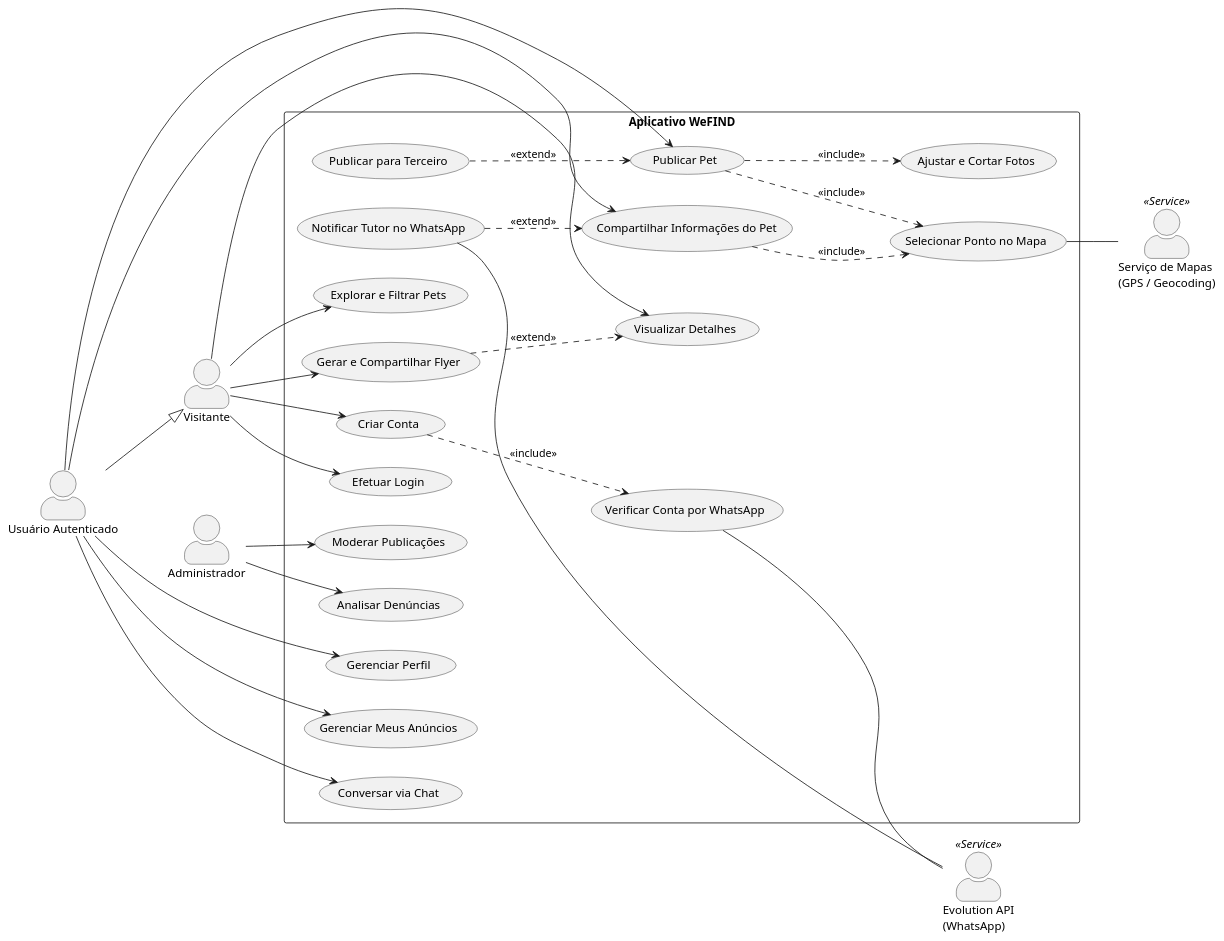
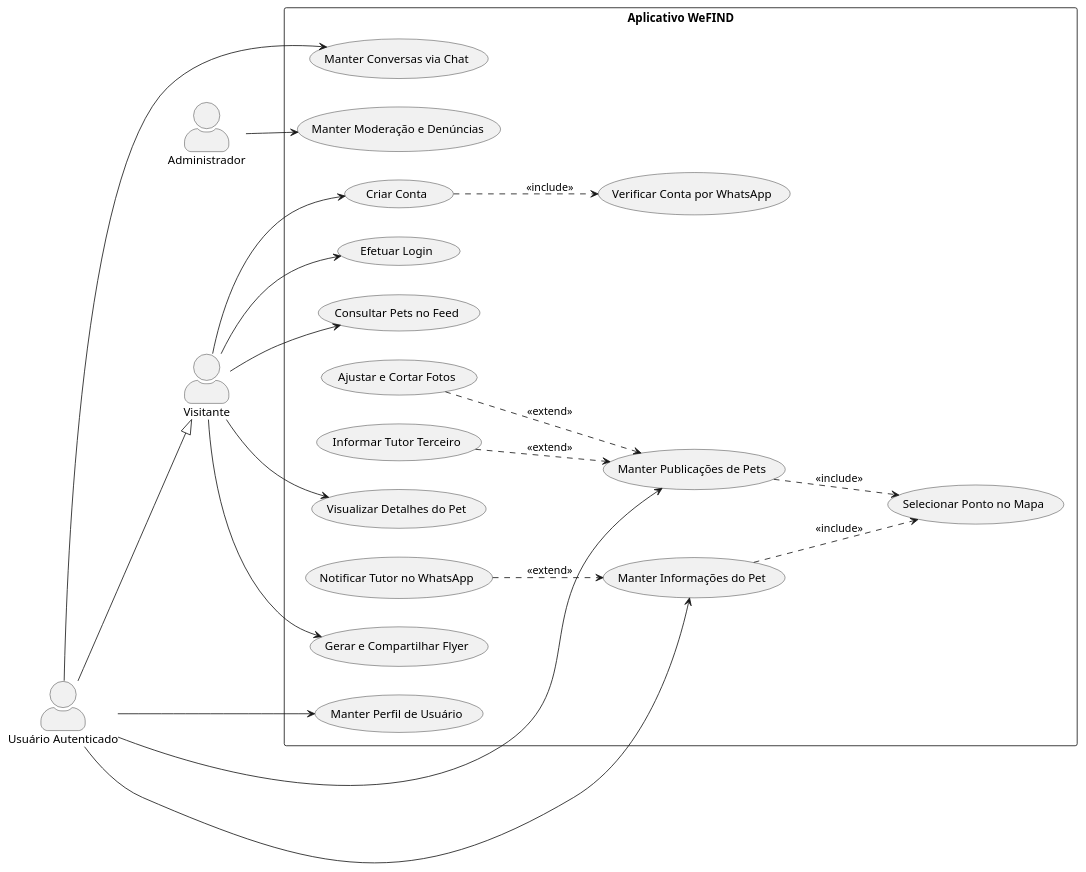
The second of 2 diagrams in docs/DIAGRAMA_CASOS_DE_USO.md (LuisHenriqueTSI/tcc_recover_aplicativo), drawn with PlantUML before and after one commit. The commit also changed 1 other file, not shown here.

Commit message:
docs: remove services from PlantUML and set photo crop as extend

````diff
--- a/docs/DIAGRAMA_CASOS_DE_USO.md
+++ b/docs/DIAGRAMA_CASOS_DE_USO.md
@@ -148,63 +148,52 @@
 ```plantuml
 @startuml
 left to right direction
 skinparam packageStyle rectangle
 skinparam actorStyle awesome
 
 actor "Visitante" as Visitor
 actor "Usuário Autenticado" as User
 actor "Administrador" as Admin
-actor "Evolution API\n(WhatsApp)" as WhatsApp <<Service>>
-actor "Serviço de Mapas\n(GPS / Geocoding)" as Maps <<Service>>
 
 User --|> Visitor
 
 rectangle "Aplicativo WeFIND" {
   usecase "Criar Conta" as UC1
   usecase "Verificar Conta por WhatsApp" as UC2
   usecase "Efetuar Login" as UC3
-  usecase "Gerenciar Perfil" as UC4
-  usecase "Explorar e Filtrar Pets" as UC5
-  usecase "Visualizar Detalhes" as UC6
-  usecase "Publicar Pet" as UC7
+  usecase "Manter Perfil de Usuário" as UC4
+  usecase "Consultar Pets no Feed" as UC5
+  usecase "Visualizar Detalhes do Pet" as UC6
+  usecase "Manter Publicações de Pets" as UC7
   usecase "Ajustar e Cortar Fotos" as UC8
-  usecase "Publicar para Terceiro" as UC9
+  usecase "Informar Tutor Terceiro" as UC9
   usecase "Gerar e Compartilhar Flyer" as UC10
-  usecase "Gerenciar Meus Anúncios" as UC11
-  usecase "Compartilhar Informações do Pet" as UC12
+  usecase "Manter Informações do Pet" as UC12
   usecase "Selecionar Ponto no Mapa" as UC13
   usecase "Notificar Tutor no WhatsApp" as UC14
-  usecase "Conversar via Chat" as UC15
-  usecase "Moderar Publicações" as UC16
-  usecase "Analisar Denúncias" as UC17
+  usecase "Manter Conversas via Chat" as UC15
+  usecase "Manter Moderação e Denúncias" as UC16
 }
 
 Visitor --> UC1
 Visitor --> UC3
 Visitor --> UC5
 Visitor --> UC6
 Visitor --> UC10
 
 User --> UC7
 User --> UC12
 User --> UC15
-User --> UC11
 User --> UC4
 
 Admin --> UC16
-Admin --> UC17
 
 UC1 ..> UC2 : <<include>>
-UC7 ..> UC8 : <<include>>
 UC7 ..> UC13 : <<include>>
 UC12 ..> UC13 : <<include>>
 
+UC8 ..> UC7 : <<extend>>
 UC9 ..> UC7 : <<extend>>
 UC14 ..> UC12 : <<extend>>
-UC10 ..> UC6 : <<extend>>
-
-UC2 -- WhatsApp
-UC14 -- WhatsApp
-UC13 -- Maps
 @enduml
 ```
````
